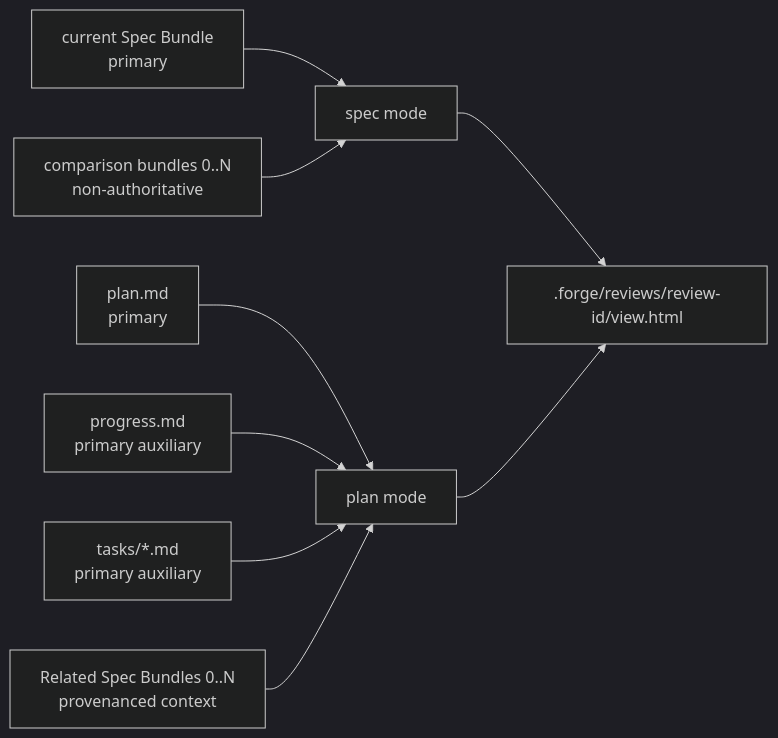
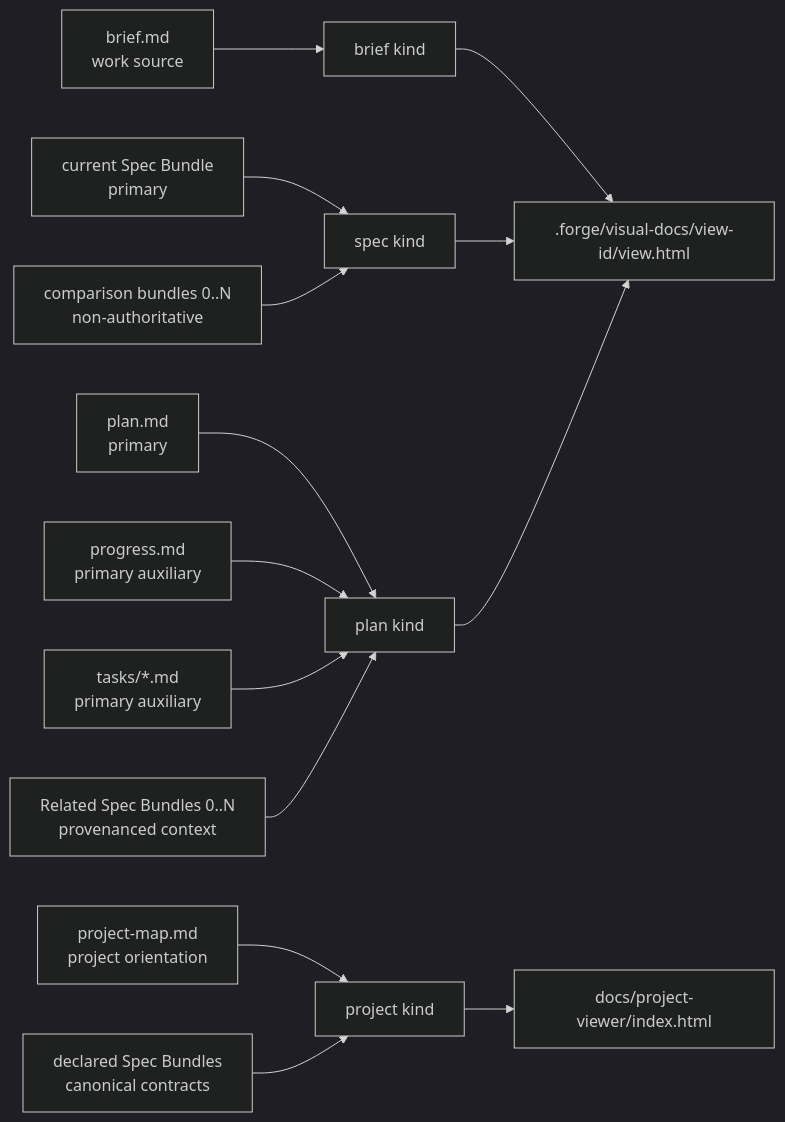
Before and after one commit to hope1026/aiagent-plugins: the second of 3 diagrams in docs/specs/review-viewer-lifecycle/human-readable-review-viewer.md, drawn with Mermaid (dark theme). The commit also changed other lines of this file and 103 other files, not shown here.

Commit message:
feat(forge): replace review viewer with visual docs

````diff
--- a/docs/specs/review-viewer-lifecycle/human-readable-review-viewer.md
+++ b/docs/specs/review-viewer-lifecycle/human-readable-review-viewer.md
@@ -64,11 +65,16 @@
 ```mermaid
 flowchart LR
-    S[current Spec Bundle<br/>primary] --> SM[spec mode]
+    B[brief.md<br/>work source] --> BM[brief kind]
+    S[current Spec Bundle<br/>primary] --> SM[spec kind]
     C[comparison bundles 0..N<br/>non-authoritative] --> SM
-    P[plan.md<br/>primary] --> PM[plan mode]
+    P[plan.md<br/>primary] --> PM[plan kind]
     L[progress.md<br/>primary auxiliary] --> PM
     T[tasks/*.md<br/>primary auxiliary] --> PM
     RS[Related Spec Bundles 0..N<br/>provenanced context] --> PM
-    SM --> V[.forge/reviews/review-id/view.html]
+    M[project-map.md<br/>project orientation] --> HM[project kind]
+    DS[declared Spec Bundles<br/>canonical contracts] --> HM
+    BM --> V[.forge/visual-docs/view-id/view.html]
+    SM --> V
     PM --> V
+    HM --> H[docs/project-viewer/index.html]
 ```
````
